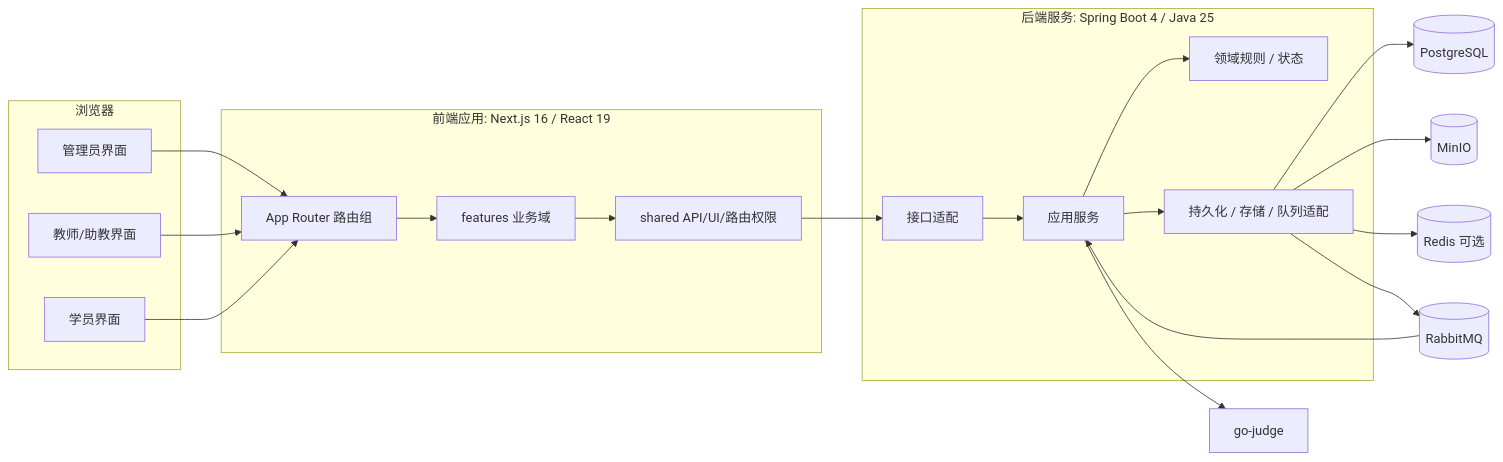
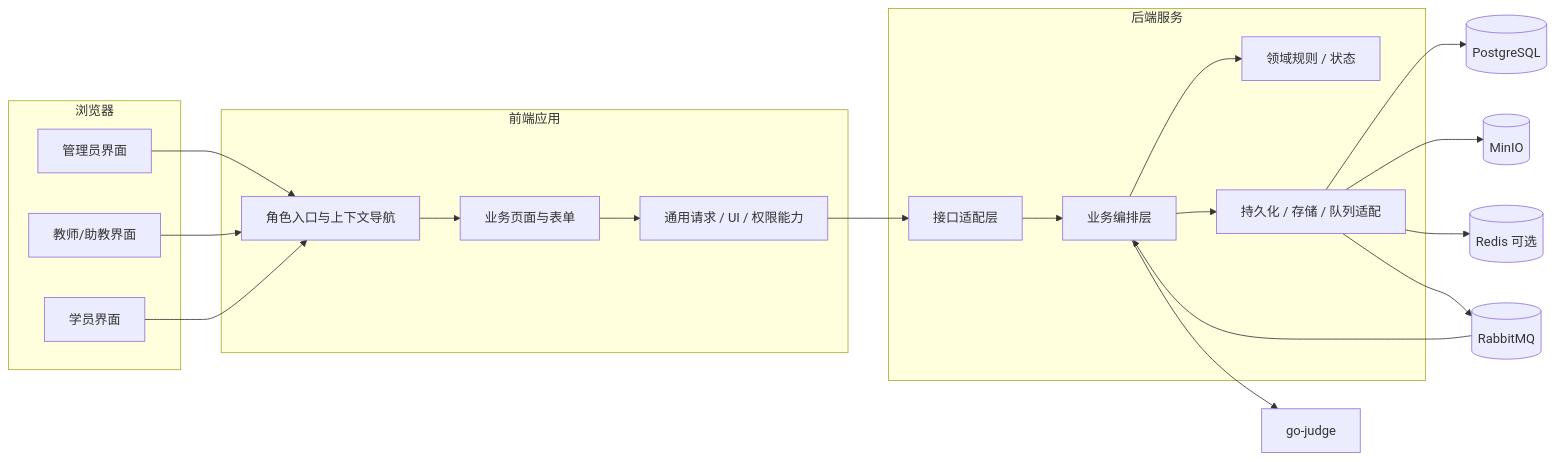
One commit to BUAA-SEProject/docs changed the first of 36 diagrams in 02-process-docs/detailed-design.md. Above: the diagram before and after it, drawn with Mermaid. The commit also changed other lines of this file and 3 other files, not shown here.

````diff
--- a/02-process-docs/detailed-design.md
+++ b/02-process-docs/detailed-design.md
@@ -67,40 +67,40 @@
 ```mermaid
 flowchart LR
   subgraph Browser["浏览器"]
     Admin["管理员界面"]
     Teacher["教师/助教界面"]
     Student["学员界面"]
   end
 
-  subgraph Web["前端应用: Next.js 16 / React 19"]
-    Routes["App Router 路由组"]
-    Features["features 业务域"]
-    Shared["shared API/UI/路由权限"]
+  subgraph Web["前端应用"]
+    Routes["角色入口与上下文导航"]
+    Features["业务页面与表单"]
+    Shared["通用请求 / UI / 权限能力"]
   end
 
-  subgraph Server["后端服务: Spring Boot 4 / Java 25"]
-    Api["接口适配"]
-    App["应用服务"]
+  subgraph Server["后端服务"]
+    Api["接口适配层"]
+    App["业务编排层"]
     Domain["领域规则 / 状态"]
     Infra["持久化 / 存储 / 队列适配"]
   end
 
   DB[(PostgreSQL)]
   Obj[(MinIO)]
   MQ[(RabbitMQ)]
   Redis[(Redis 可选)]
   Judge["go-judge"]
 
   Admin --> Routes
   Teacher --> Routes
   Student --> Routes
   Routes --> Features --> Shared
   Shared --> Api
   Api --> App --> Domain
   App --> Infra
   Infra --> DB
   Infra --> Obj
   Infra --> Redis
   Infra --> MQ --> App
   App --> Judge
 ```
````
